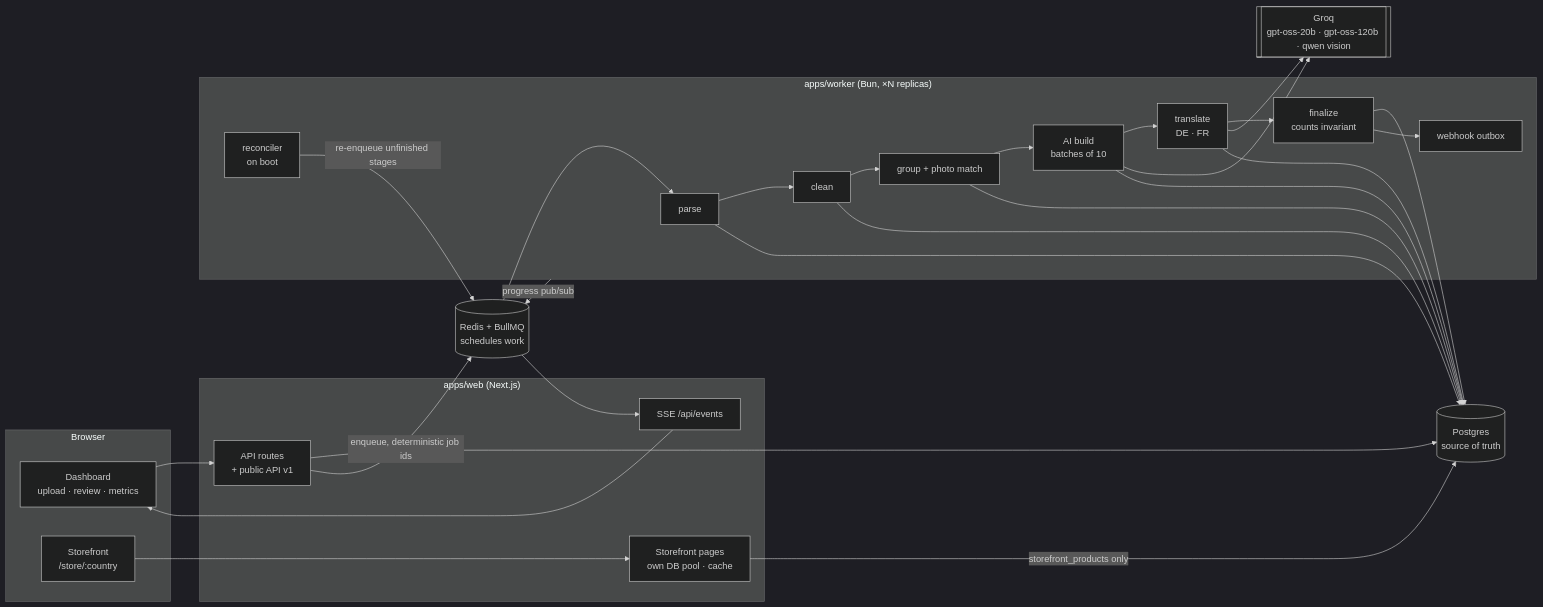
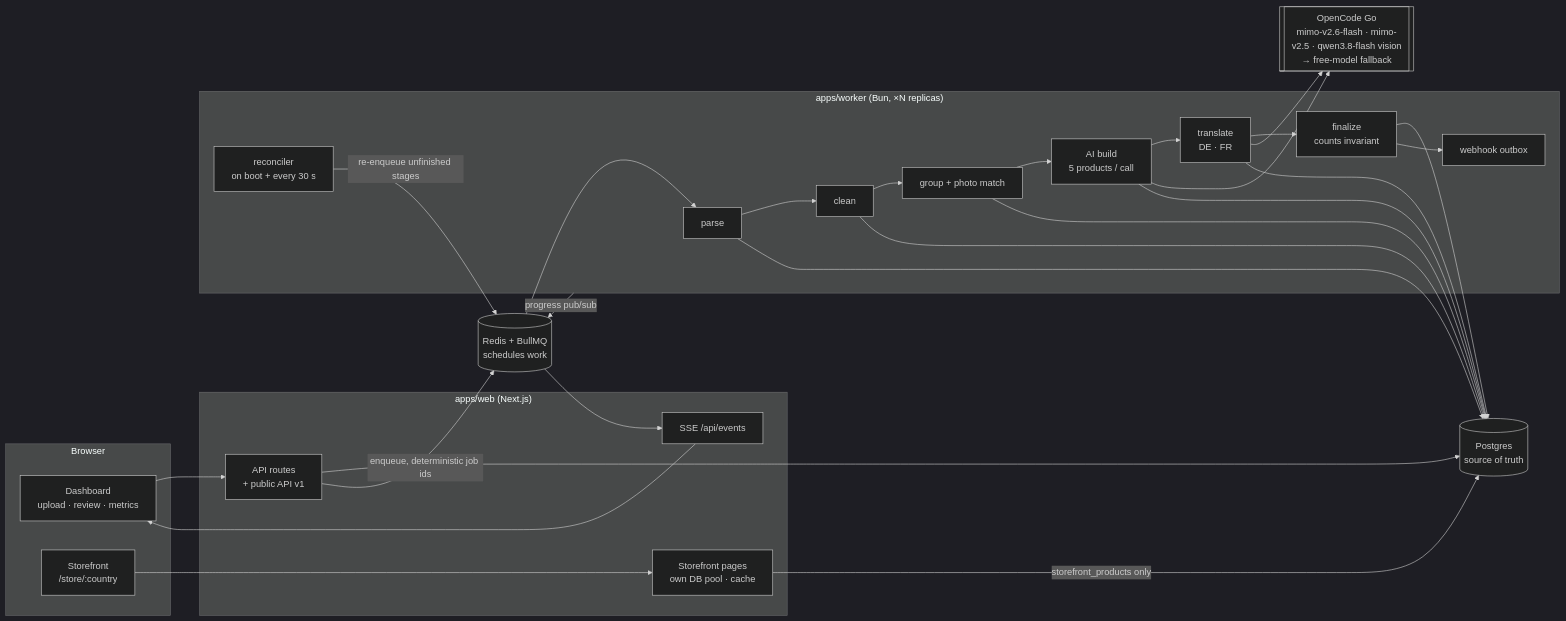
One commit to 101xAnshu/Catelog-Forge changed the diagram in README.md. Above: the diagram before and after it, drawn with Mermaid (dark theme). The commit also changed other lines of this file and 3 other files, not shown here.

Commit message:
docs: README for OpenCode Go + new features, EDGE-CASES updated with new cases and test-backed statuses

````diff
--- a/README.md
+++ b/README.md
@@ -33,30 +33,30 @@
 ```mermaid
 flowchart LR
   subgraph Browser
     D[Dashboard<br/>upload · review · metrics]
     S[Storefront<br/>/store/:country]
   end
   subgraph Web["apps/web (Next.js)"]
     API[API routes<br/>+ public API v1]
     SSE[SSE /api/events]
     SF[Storefront pages<br/>own DB pool · cache]
   end
   subgraph Worker["apps/worker (Bun, ×N replicas)"]
-    P[parse] --> C[clean] --> G[group + photo match] --> B[AI build<br/>batches of 10] --> T[translate<br/>DE · FR] --> F[finalize<br/>counts invariant]
-    R[reconciler<br/>on boot]
+    P[parse] --> C[clean] --> G[group + photo match] --> B[AI build<br/>5 products / call] --> T[translate<br/>DE · FR] --> F[finalize<br/>counts invariant]
+    R[reconciler<br/>on boot + every 30 s]
     W[webhook outbox]
   end
   PG[(Postgres<br/>source of truth)]
   RD[(Redis + BullMQ<br/>schedules work)]
-  AI[[Groq<br/>gpt-oss-20b · gpt-oss-120b · qwen vision]]
+  AI[[OpenCode Go<br/>mimo-v2.6-flash · mimo-v2.5 · qwen3.8-flash vision<br/>→ free-model fallback]]
 
   D --> API --> PG
   API -->|enqueue, deterministic job ids| RD
   RD --> P
   B & T --> AI
   P & C & G & B & T & F --> PG
   R -->|re-enqueue unfinished stages| RD
   F --> W
   Worker -->|progress pub/sub| RD --> SSE --> D
   S --> SF -->|storefront_products only| PG
 ```
````
